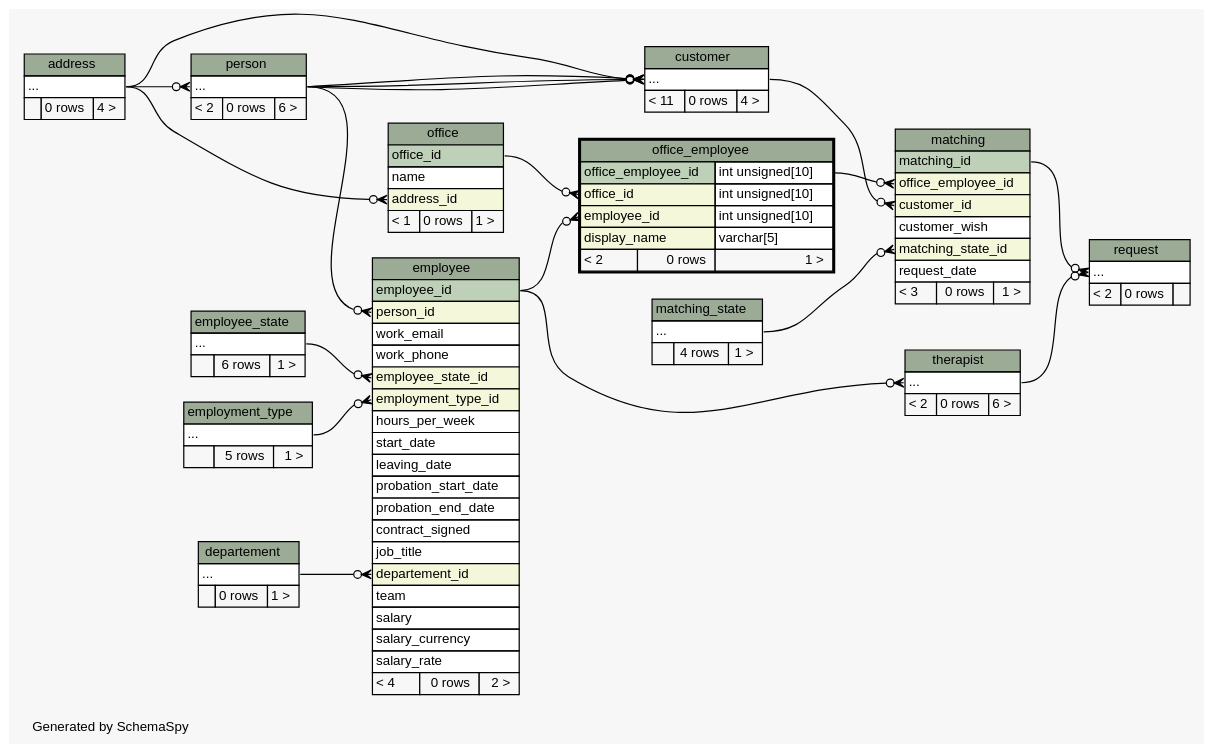
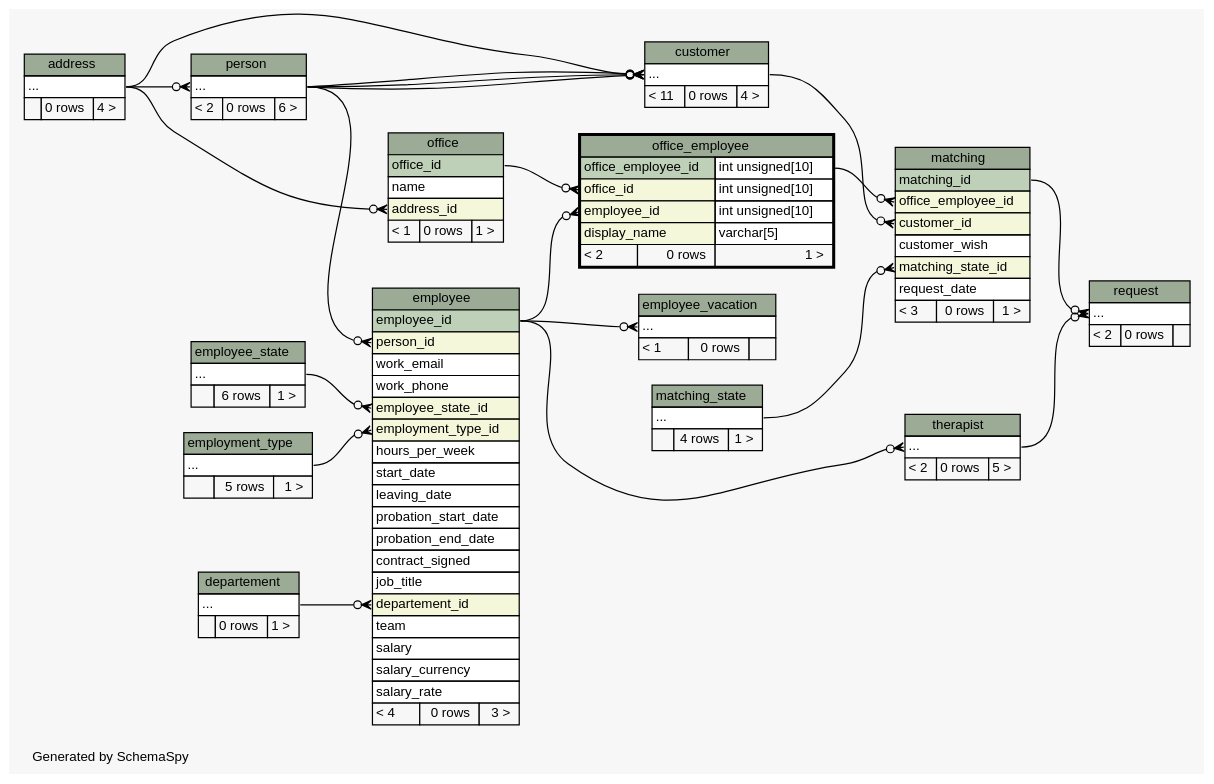
Before and after one commit to KaiBMP/KaiBMP.github.io: the diagram in diagrams/office_employee.2degrees.dot, drawn with Graphviz. The commit also changed 153 other files, not shown here.

Commit message:
schemaspy update

```diff
--- a/diagrams/office_employee.2degrees.dot
+++ b/diagrams/office_employee.2degrees.dot
@@ -27,6 +27,7 @@
   "employee":"employee_state_id":w -> "employee_state":"elipses":e [arrowhead=none dir=back arrowtail=crowodot];
   "employee":"employment_type_id":w -> "employment_type":"elipses":e [arrowhead=none dir=back arrowtail=crowodot];
   "employee":"person_id":w -> "person":"elipses":e [arrowhead=none dir=back arrowtail=crowodot];
+  "employee_vacation":"elipses":w -> "employee":"employee_id":e [arrowhead=none dir=back arrowtail=crowodot];
   "matching":"customer_id":w -> "customer":"elipses":e [arrowhead=none dir=back arrowtail=crowodot];
   "matching":"matching_state_id":w -> "matching_state":"elipses":e [arrowhead=none dir=back arrowtail=crowodot];
   "matching":"office_employee_id":w -> "office_employee":"office_employee_id.type":e [arrowhead=none dir=back arrowtail=crowodot];
@@ -89,7 +90,7 @@
       <TR><TD PORT="salary" COLSPAN="3" ALIGN="LEFT">salary</TD></TR>
       <TR><TD PORT="salary_currency" COLSPAN="3" ALIGN="LEFT">salary_currency</TD></TR>
       <TR><TD PORT="salary_rate" COLSPAN="3" ALIGN="LEFT">salary_rate</TD></TR>
-      <TR><TD ALIGN="LEFT" BGCOLOR="#f7f7f7">&lt; 4</TD><TD ALIGN="RIGHT" BGCOLOR="#f7f7f7">0 rows</TD><TD ALIGN="RIGHT" BGCOLOR="#f7f7f7">2 &gt;</TD></TR>
+      <TR><TD ALIGN="LEFT" BGCOLOR="#f7f7f7">&lt; 4</TD><TD ALIGN="RIGHT" BGCOLOR="#f7f7f7">0 rows</TD><TD ALIGN="RIGHT" BGCOLOR="#f7f7f7">3 &gt;</TD></TR>
     </TABLE>>
     URL="employee.html"
     tooltip="employee"
@@ -103,6 +104,16 @@
     </TABLE>>
     URL="employee_state.html"
     tooltip="employee_state"
+  ];
+  "employee_vacation" [
+    label=<
+    <TABLE BORDER="0" CELLBORDER="1" CELLSPACING="0" BGCOLOR="#ffffff">
+      <TR><TD COLSPAN="3" BGCOLOR="#9bab96" ALIGN="CENTER">employee_vacation</TD></TR>
+      <TR><TD PORT="elipses" COLSPAN="3" ALIGN="LEFT">...</TD></TR>
+      <TR><TD ALIGN="LEFT" BGCOLOR="#f7f7f7">&lt; 1</TD><TD ALIGN="RIGHT" BGCOLOR="#f7f7f7">0 rows</TD><TD ALIGN="RIGHT" BGCOLOR="#f7f7f7">  </TD></TR>
+    </TABLE>>
+    URL="employee_vacation.html"
+    tooltip="employee_vacation"
   ];
   "employment_type" [
     label=<
@@ -189,7 +200,7 @@
     <TABLE BORDER="0" CELLBORDER="1" CELLSPACING="0" BGCOLOR="#ffffff">
       <TR><TD COLSPAN="3" BGCOLOR="#9bab96" ALIGN="CENTER">therapist</TD></TR>
       <TR><TD PORT="elipses" COLSPAN="3" ALIGN="LEFT">...</TD></TR>
-      <TR><TD ALIGN="LEFT" BGCOLOR="#f7f7f7">&lt; 2</TD><TD ALIGN="RIGHT" BGCOLOR="#f7f7f7">0 rows</TD><TD ALIGN="RIGHT" BGCOLOR="#f7f7f7">6 &gt;</TD></TR>
+      <TR><TD ALIGN="LEFT" BGCOLOR="#f7f7f7">&lt; 2</TD><TD ALIGN="RIGHT" BGCOLOR="#f7f7f7">0 rows</TD><TD ALIGN="RIGHT" BGCOLOR="#f7f7f7">5 &gt;</TD></TR>
     </TABLE>>
     URL="therapist.html"
     tooltip="therapist"
```
